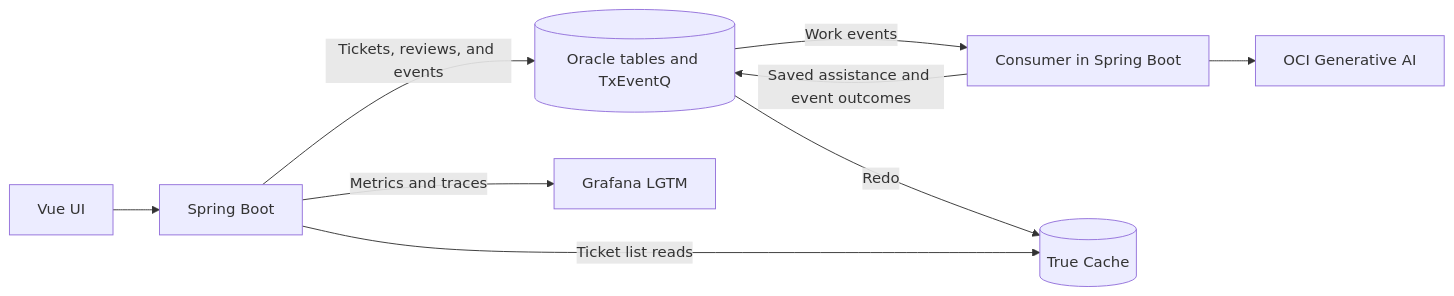
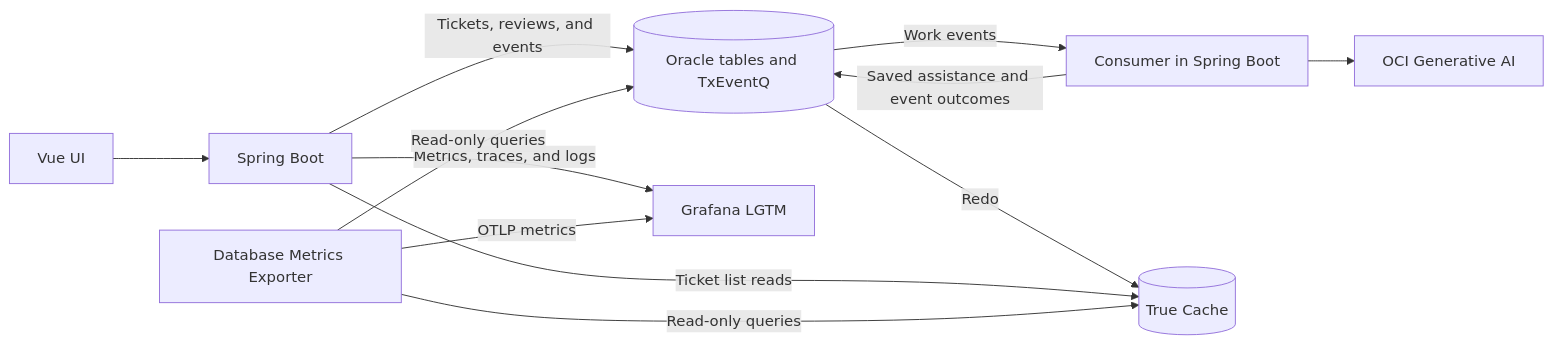
One commit to oracle/microservices-datadriven changed the diagram in customer-support-lab-v2/README.md. Above: the diagram before and after it, drawn with Mermaid. The commit also changed other lines of this file and 22 other files, not shown here.

````diff
--- a/customer-support-lab-v2/README.md
+++ b/customer-support-lab-v2/README.md
@@ -15,11 +16,14 @@
 ```mermaid
 flowchart LR
     UI[Vue UI] --> App[Spring Boot]
     App -->|Tickets, reviews, and events| DB[(Oracle tables and TxEventQ)]
     DB -->|Work events| Consumer[Consumer in Spring Boot]
     Consumer --> OCI[OCI Generative AI]
     Consumer -->|Saved assistance and event outcomes| DB
     DB -->|Redo| Cache[(True Cache)]
     App -->|Ticket list reads| Cache
-    App -->|Metrics and traces| Grafana[Grafana LGTM]
+    App -->|Metrics, traces, and logs| Grafana[Grafana LGTM]
+    Exporter[Database Metrics Exporter] -->|Read-only queries| DB
+    Exporter -->|Read-only queries| Cache
+    Exporter -->|OTLP metrics| Grafana
 ```
````
